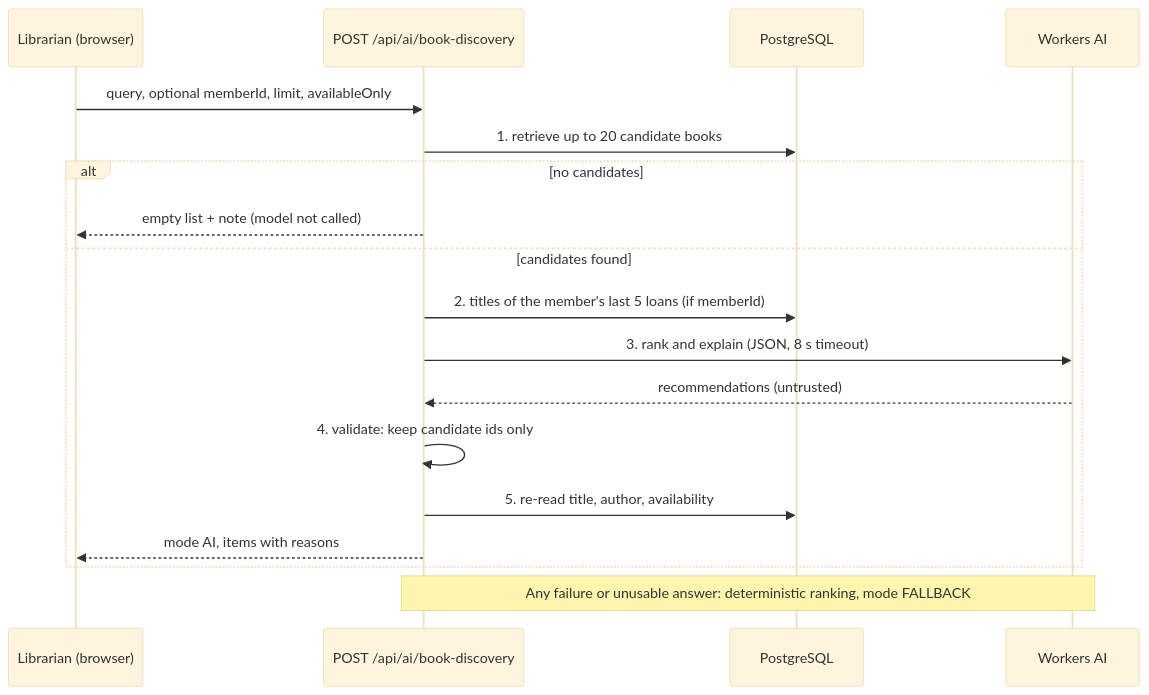
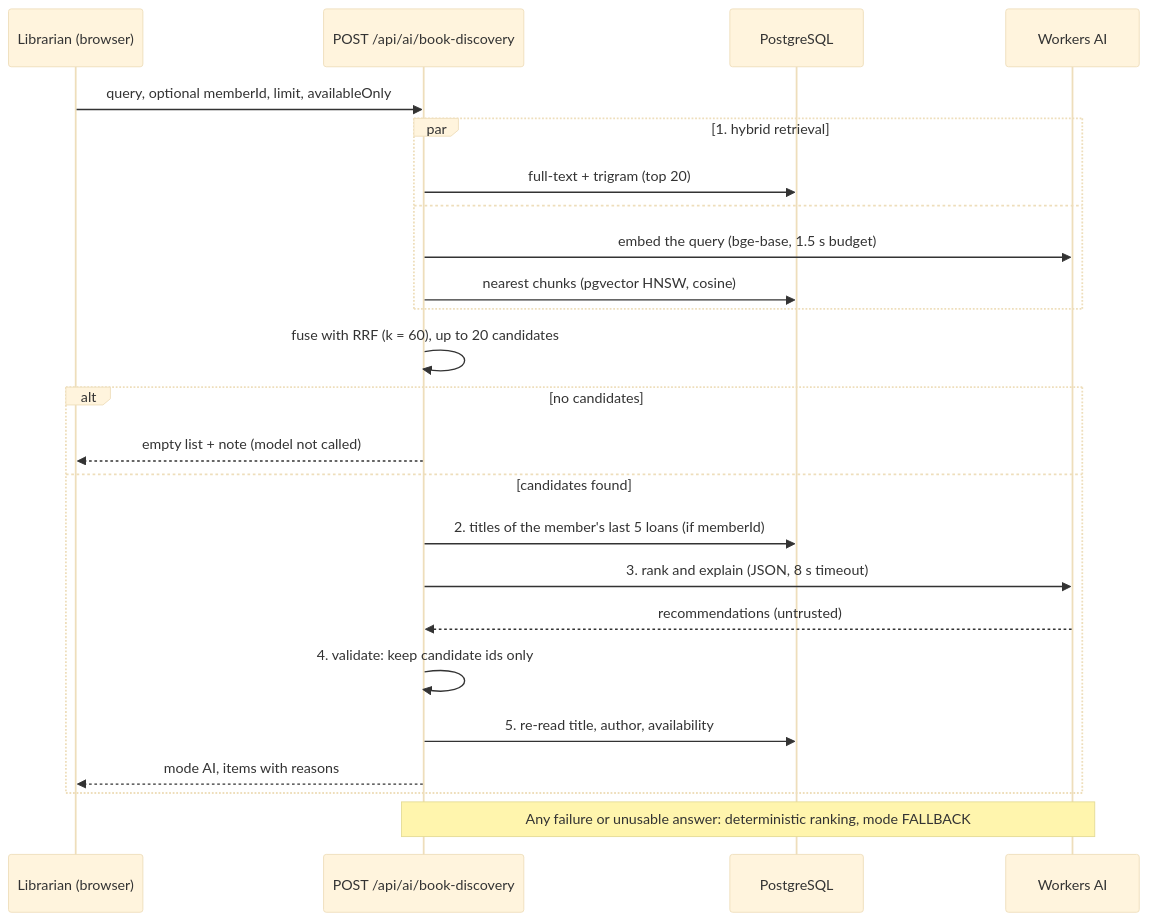
One commit to ahmedoraby-eng/smart-library-management-system changed the diagram in docs/ai.md. Above: the diagram before and after it, drawn with Mermaid (base theme). The commit also changed other lines of this file and 33 other files, not shown here.

First line of the commit message:
SLM-16: hybrid retrieval (embeddings + pgvector + full-text, RRF)

````diff
--- a/docs/ai.md
+++ b/docs/ai.md
@@ -11,20 +11,26 @@
 ```mermaid
 sequenceDiagram
   participant U as Librarian (browser)
   participant API as POST /api/ai/book-discovery
   participant DB as PostgreSQL
   participant M as Workers AI
   U->>API: query, optional memberId, limit, availableOnly
-  API->>DB: 1. retrieve up to 20 candidate books
+  par 1. hybrid retrieval
+    API->>DB: full-text + trigram (top 20)
+  and
+    API->>M: embed the query (bge-base, 1.5 s budget)
+    API->>DB: nearest chunks (pgvector HNSW, cosine)
+  end
+  API->>API: fuse with RRF (k = 60), up to 20 candidates
   alt no candidates
     API-->>U: empty list + note (model not called)
   else candidates found
     API->>DB: 2. titles of the member's last 5 loans (if memberId)
     API->>M: 3. rank and explain (JSON, 8 s timeout)
     M-->>API: recommendations (untrusted)
     API->>API: 4. validate: keep candidate ids only
     API->>DB: 5. re-read title, author, availability
     API-->>U: mode AI, items with reasons
   end
   Note over API,M: Any failure or unusable answer: deterministic ranking, mode FALLBACK
 ```
````
